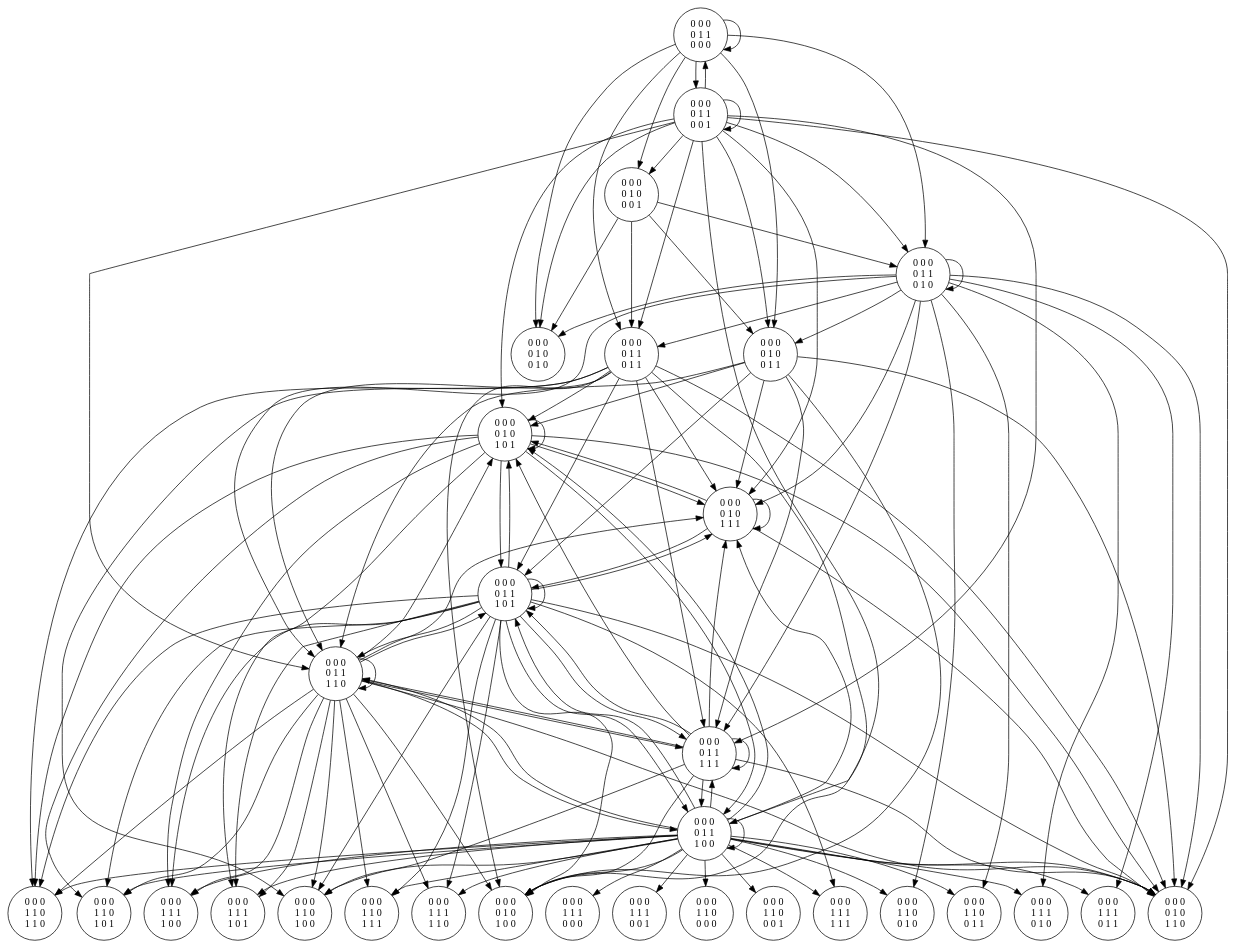
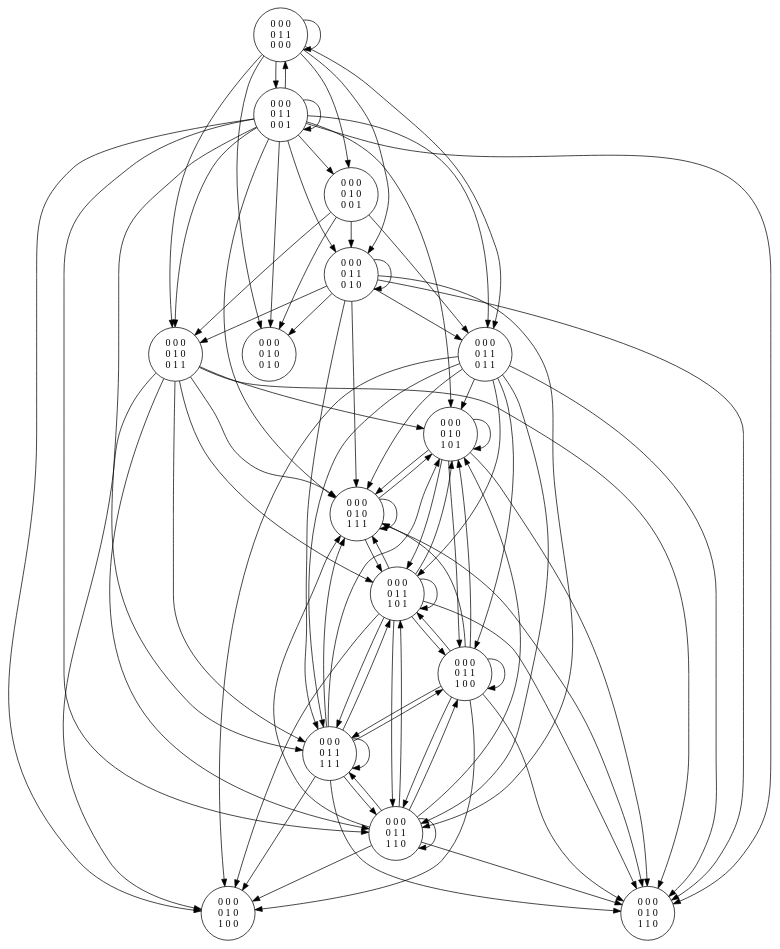
Before and after one commit to perelo/RobotGathering: the diagram in res/graphs/graph_leftmost_right.dot, drawn with Graphviz. The commit also changed 1 other file, not shown here.

Commit message:
fix leftmost right graph
    remove mid-moves, ie only keep surroundings of leftmost robots

```diff
--- a/res/graphs/graph_leftmost_right.dot
+++ b/res/graphs/graph_leftmost_right.dot
@@ -1,163 +1,105 @@
 digraph g {
 17 [label="0 0 0\n0 1 0\n0 0 1"]
 27 [label="0 0 0\n0 1 1\n0 1 1"]
 17 -> 27;
 18 [label="0 0 0\n0 1 0\n0 1 0"]
 17 -> 18;
 19 [label="0 0 0\n0 1 0\n0 1 1"]
 17 -> 19;
 26 [label="0 0 0\n0 1 1\n0 1 0"]
 17 -> 26;
 20 [label="0 0 0\n0 1 0\n1 0 0"]
 19 -> 20;
 21 [label="0 0 0\n0 1 0\n1 0 1"]
 19 -> 21;
 22 [label="0 0 0\n0 1 0\n1 1 0"]
 19 -> 22;
 23 [label="0 0 0\n0 1 0\n1 1 1"]
 19 -> 23;
 29 [label="0 0 0\n0 1 1\n1 0 1"]
 19 -> 29;
 30 [label="0 0 0\n0 1 1\n1 1 0"]
 19 -> 30;
 31 [label="0 0 0\n0 1 1\n1 1 1"]
 19 -> 31;
-54 [label="0 0 0\n1 1 0\n1 1 0"]
-21 -> 54;
 28 [label="0 0 0\n0 1 1\n1 0 0"]
 21 -> 28;
-61 [label="0 0 0\n1 1 1\n1 0 1"]
-21 -> 61;
-53 [label="0 0 0\n1 1 0\n1 0 1"]
-21 -> 53;
 21 -> 22;
 21 -> 23;
-60 [label="0 0 0\n1 1 1\n1 0 0"]
-21 -> 60;
 21 -> 29;
 21 -> 21;
 23 -> 23;
 23 -> 29;
 23 -> 22;
 23 -> 21;
 24 [label="0 0 0\n0 1 1\n0 0 0"]
 24 -> 17;
 24 -> 18;
 24 -> 19;
 24 -> 24;
 25 [label="0 0 0\n0 1 1\n0 0 1"]
 24 -> 25;
 24 -> 26;
 24 -> 27;
 25 -> 17;
 25 -> 18;
 25 -> 19;
 25 -> 20;
 25 -> 21;
 25 -> 22;
 25 -> 23;
 25 -> 24;
 25 -> 25;
 25 -> 26;
 25 -> 27;
 25 -> 30;
 25 -> 31;
 26 -> 19;
 26 -> 27;
 26 -> 18;
-50 [label="0 0 0\n1 1 0\n0 1 0"]
-26 -> 50;
-51 [label="0 0 0\n1 1 0\n0 1 1"]
-26 -> 51;
 26 -> 22;
 26 -> 23;
-58 [label="0 0 0\n1 1 1\n0 1 0"]
-26 -> 58;
-59 [label="0 0 0\n1 1 1\n0 1 1"]
-26 -> 59;
 26 -> 26;
 26 -> 30;
 26 -> 31;
-27 -> 54;
 27 -> 20;
 27 -> 21;
 27 -> 22;
 27 -> 23;
-52 [label="0 0 0\n1 1 0\n1 0 0"]
-27 -> 52;
 27 -> 28;
 27 -> 29;
 27 -> 30;
 27 -> 31;
 28 -> 20;
 28 -> 21;
 28 -> 22;
 28 -> 23;
 28 -> 28;
 28 -> 29;
 28 -> 30;
 28 -> 31;
-48 [label="0 0 0\n1 1 0\n0 0 0"]
-28 -> 48;
-49 [label="0 0 0\n1 1 0\n0 0 1"]
-28 -> 49;
-28 -> 50;
-28 -> 51;
-28 -> 52;
-28 -> 53;
-28 -> 54;
-55 [label="0 0 0\n1 1 0\n1 1 1"]
-28 -> 55;
-56 [label="0 0 0\n1 1 1\n0 0 0"]
-28 -> 56;
-57 [label="0 0 0\n1 1 1\n0 0 1"]
-28 -> 57;
-28 -> 58;
-28 -> 59;
-28 -> 60;
-28 -> 61;
-62 [label="0 0 0\n1 1 1\n1 1 0"]
-28 -> 62;
-63 [label="0 0 0\n1 1 1\n1 1 1"]
-28 -> 63;
-30 -> 54;
 30 -> 28;
-30 -> 62;
 30 -> 29;
 30 -> 20;
-30 -> 53;
 30 -> 22;
 30 -> 23;
-30 -> 52;
-30 -> 55;
 30 -> 31;
-30 -> 60;
-30 -> 61;
 30 -> 30;
 30 -> 21;
 31 -> 20;
 31 -> 21;
 31 -> 22;
 31 -> 23;
-31 -> 52;
 31 -> 28;
 31 -> 29;
 31 -> 30;
 31 -> 31;
-29 -> 54;
-29 -> 60;
-29 -> 55;
 29 -> 28;
 29 -> 29;
-29 -> 53;
 29 -> 20;
 29 -> 30;
 29 -> 22;
 29 -> 23;
-29 -> 52;
 29 -> 31;
 29 -> 21;
-29 -> 61;
-29 -> 62;
-29 -> 63;
 }
```
